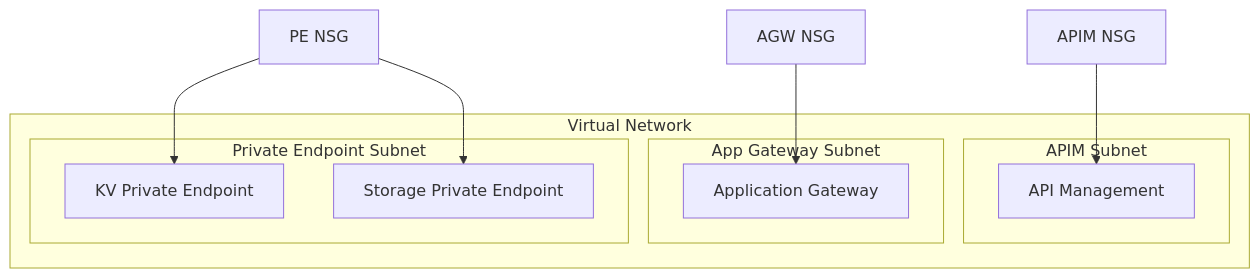
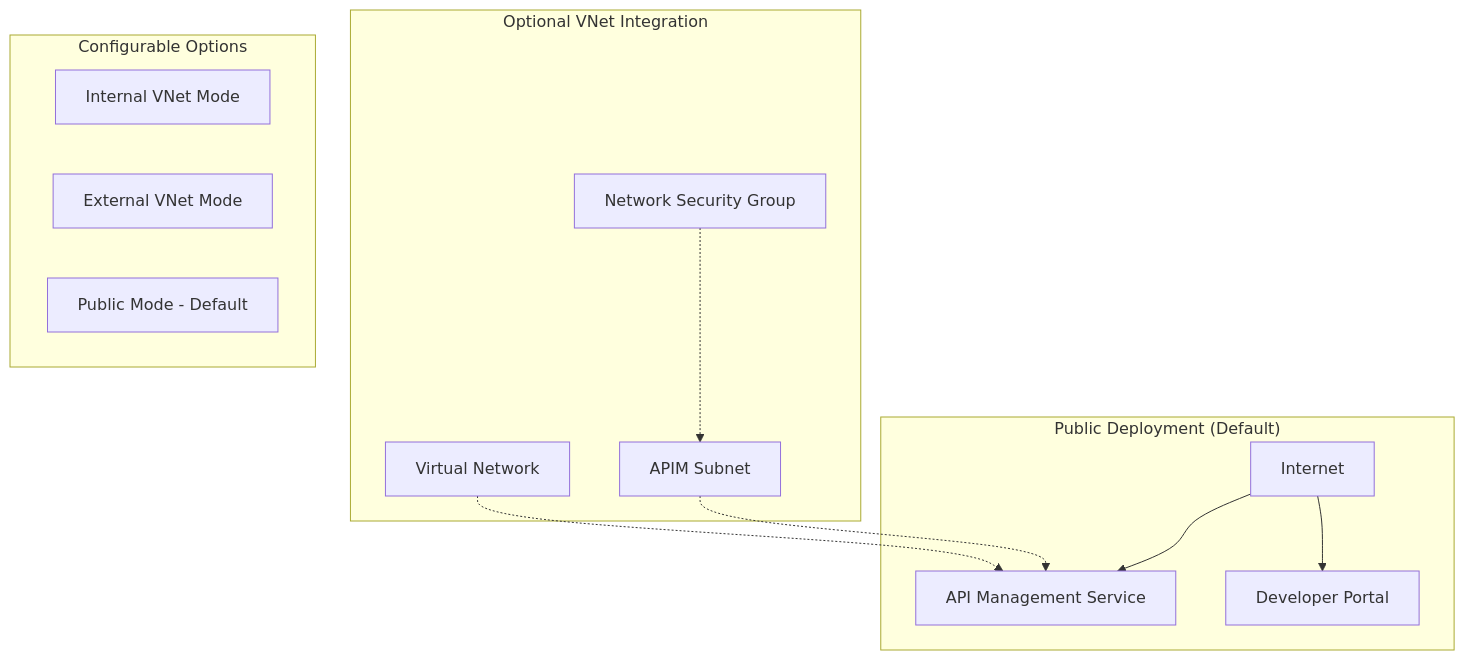
The third of 12 diagrams in docs/architecture/overview.md (Evilazaro/APIM-Accelerator), drawn with Mermaid before and after one commit. The commit also changed other lines of this file and 2 other files, not shown here.

````diff
--- a/docs/architecture/overview.md
+++ b/docs/architecture/overview.md
@@ -151,22 +143,26 @@
 ```mermaid
 graph TB
-    subgraph "Virtual Network"
-        subgraph "APIM Subnet"
-            APIM[API Management]
-        end
-        
-        subgraph "App Gateway Subnet"
-            AGW[Application Gateway]
-        end
-        
-        subgraph "Private Endpoint Subnet"
-            PE1[KV Private Endpoint]
-            PE2[Storage Private Endpoint]
-        end
+    subgraph "Public Deployment (Default)"
+        Internet[Internet]
+        APIM[API Management Service]
+        DevPortal[Developer Portal]
     end
     
-    NSG1[APIM NSG] --> APIM
-    NSG2[AGW NSG] --> AGW
-    NSG3[PE NSG] --> PE1
-    NSG3 --> PE2
+    subgraph "Optional VNet Integration"
+        VNet[Virtual Network]
+        Subnet[APIM Subnet]
+        NSG[Network Security Group]
+    end
+    
+    subgraph "Configurable Options"
+        Internal[Internal VNet Mode]
+        External[External VNet Mode]
+        None[Public Mode - Default]
+    end
+    
+    Internet --> APIM
+    Internet --> DevPortal
+    VNet -.-> APIM
+    Subnet -.-> APIM
+    NSG -.-> Subnet
 ```
````
